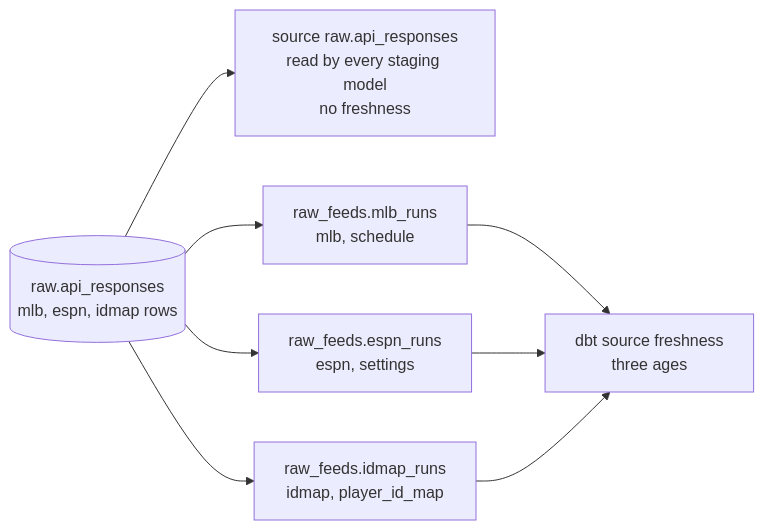
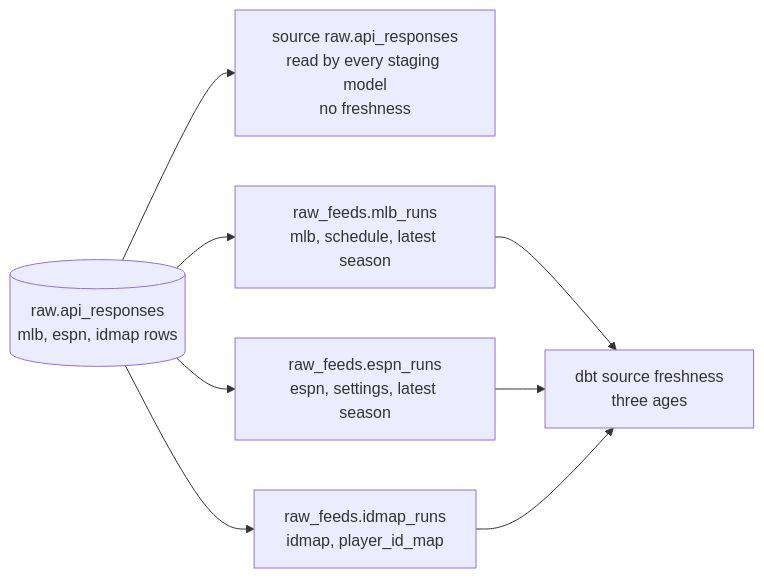
One commit to nick-socci/front-office changed the diagram in docs/specs/0114-freshness-per-feed/design.md. Above: the diagram before and after it, drawn with Mermaid. The commit also changed other lines of this file and 4 other files, not shown here.

First line of the commit message:
Scope each run marker to its latest season, and close the second review's gaps (#114)

````diff
--- a/docs/specs/0114-freshness-per-feed/design.md
+++ b/docs/specs/0114-freshness-per-feed/design.md
@@ -24,11 +26,11 @@
 ```mermaid
 flowchart LR
     T[("raw.api_responses<br/>mlb, espn, idmap rows")]
     T --> A["source raw.api_responses<br/>read by every staging model<br/>no freshness"]
-    T --> M["raw_feeds.mlb_runs<br/>mlb, schedule"]
-    T --> E["raw_feeds.espn_runs<br/>espn, settings"]
+    T --> M["raw_feeds.mlb_runs<br/>mlb, schedule, latest season"]
+    T --> E["raw_feeds.espn_runs<br/>espn, settings, latest season"]
     T --> I["raw_feeds.idmap_runs<br/>idmap, player_id_map"]
     M --> F["dbt source freshness<br/>three ages"]
     E --> F
     I --> F
 ```
````
